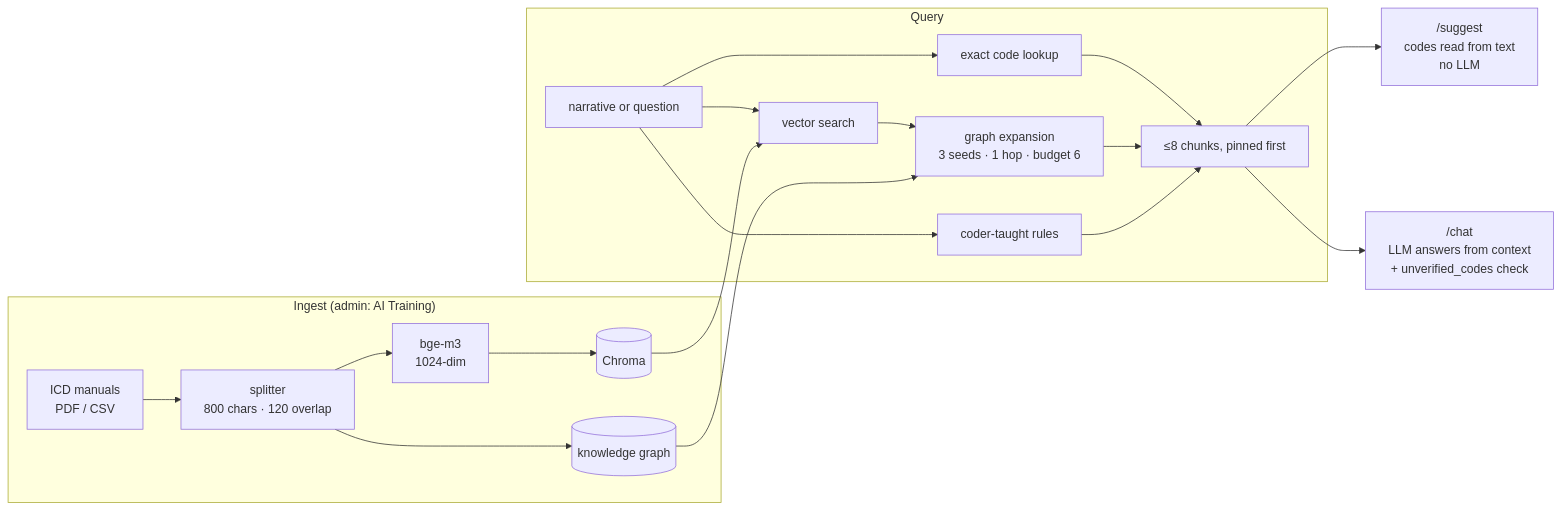
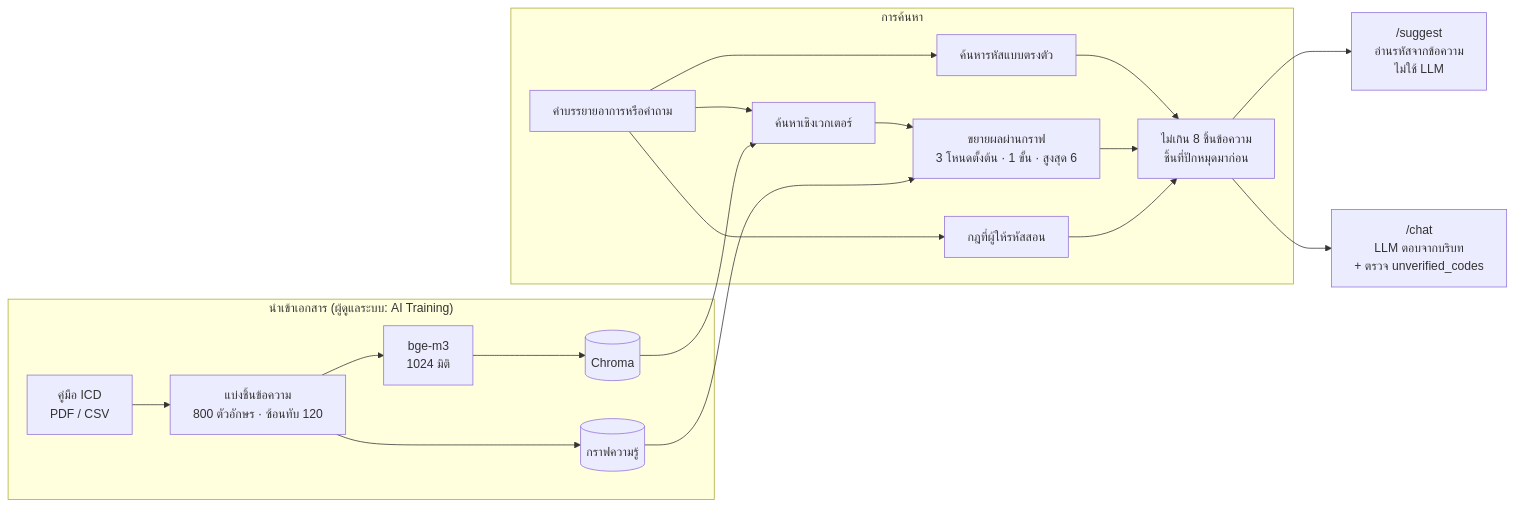
The diagram in report/figures/fig-4-2-ai-pipeline.mmd (suvarna-stack/cura-ai), drawn with Mermaid before and after one commit. The commit also changed 36 other files, not shown here.

```diff
--- a/report/figures/fig-4-2-ai-pipeline.mmd
+++ b/report/figures/fig-4-2-ai-pipeline.mmd
@@ -1,20 +1,20 @@
 flowchart LR
-  subgraph ingest["Ingest (admin: AI Training)"]
-    pdf["ICD manuals<br/>PDF / CSV"] --> chunk["splitter<br/>800 chars · 120 overlap"]
-    chunk --> emb["bge-m3<br/>1024-dim"]
+  subgraph ingest["นำเข้าเอกสาร (ผู้ดูแลระบบ: AI Training)"]
+    pdf["คู่มือ ICD<br/>PDF / CSV"] --> chunk["แบ่งชิ้นข้อความ<br/>800 ตัวอักษร · ซ้อนทับ 120"]
+    chunk --> emb["bge-m3<br/>1024 มิติ"]
     emb --> chroma[("Chroma")]
-    chunk --> kg[("knowledge graph")]
+    chunk --> kg[("กราฟความรู้")]
   end
-  subgraph query["Query"]
-    q["narrative or question"] --> exact["exact code lookup"]
-    q --> vec["vector search"]
-    vec --> gexp["graph expansion<br/>3 seeds · 1 hop · budget 6"]
-    q --> rules["coder-taught rules"]
-    exact --> ctx["≤8 chunks, pinned first"]
+  subgraph query["การค้นหา"]
+    q["คำบรรยายอาการหรือคำถาม"] --> exact["ค้นหารหัสแบบตรงตัว"]
+    q --> vec["ค้นหาเชิงเวกเตอร์"]
+    vec --> gexp["ขยายผลผ่านกราฟ<br/>3 โหนดตั้งต้น · 1 ขั้น · สูงสุด 6"]
+    q --> rules["กฎที่ผู้ให้รหัสสอน"]
+    exact --> ctx["ไม่เกิน 8 ชิ้นข้อความ<br/>ชิ้นที่ปักหมุดมาก่อน"]
     gexp --> ctx
     rules --> ctx
   end
   chroma --> vec
   kg --> gexp
-  ctx --> sug["/suggest<br/>codes read from text<br/>no LLM"]
-  ctx --> chat["/chat<br/>LLM answers from context<br/>+ unverified_codes check"]
+  ctx --> sug["/suggest<br/>อ่านรหัสจากข้อความ<br/>ไม่ใช้ LLM"]
+  ctx --> chat["/chat<br/>LLM ตอบจากบริบท<br/>+ ตรวจ unverified_codes"]
```
